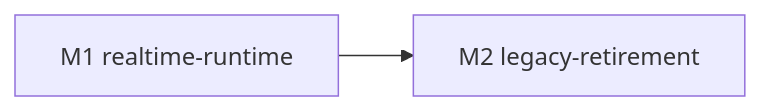
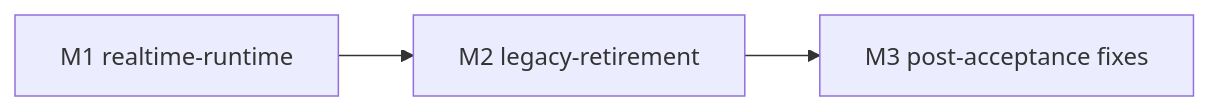
Before and after one commit to Mrchen116/nano-multiagent: the fourth of 4 diagrams in docs/changes/refactor-460-web-im-client-runtime/design.md, drawn with Mermaid. The commit also changed other lines of this file and 1 other file, not shown here.

````diff
--- a/docs/changes/refactor-460-web-im-client-runtime/design.md
+++ b/docs/changes/refactor-460-web-im-client-runtime/design.md
@@ -403,4 +404,4 @@
 ```mermaid
 graph LR
-    M1["M1 realtime-runtime"] --> M2["M2 legacy-retirement"]
+    M1["M1 realtime-runtime"] --> M2["M2 legacy-retirement"] --> M3["M3 post-acceptance fixes"]
 ```
````
